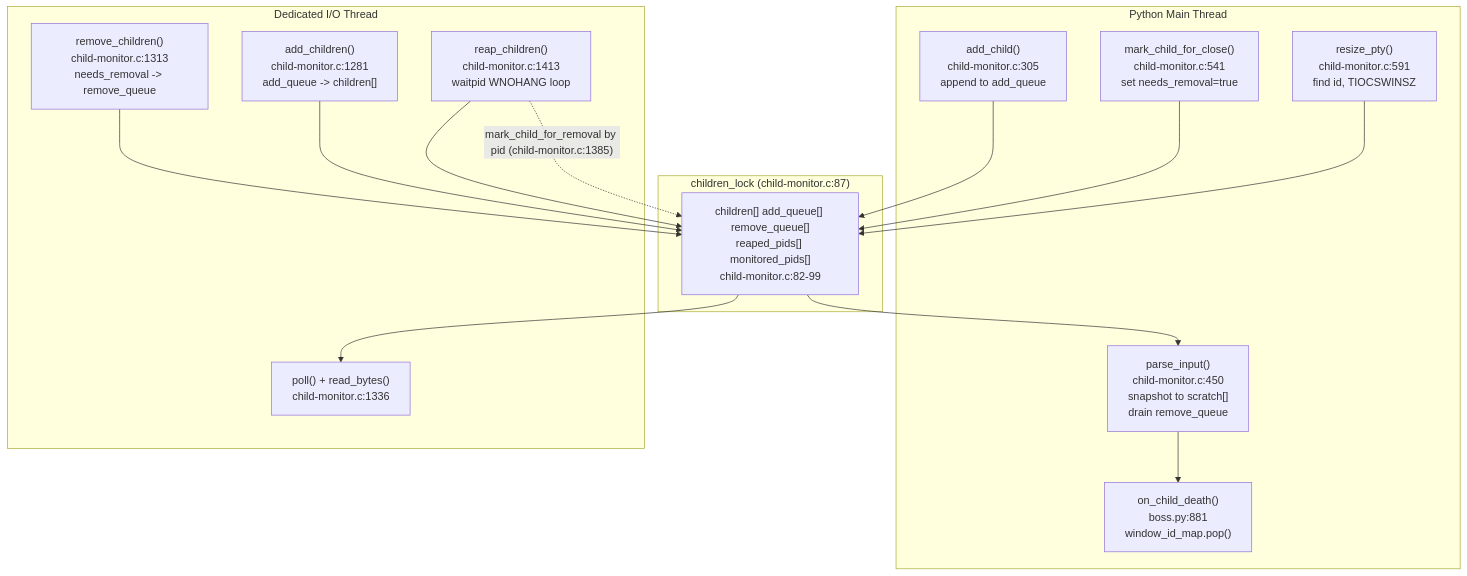
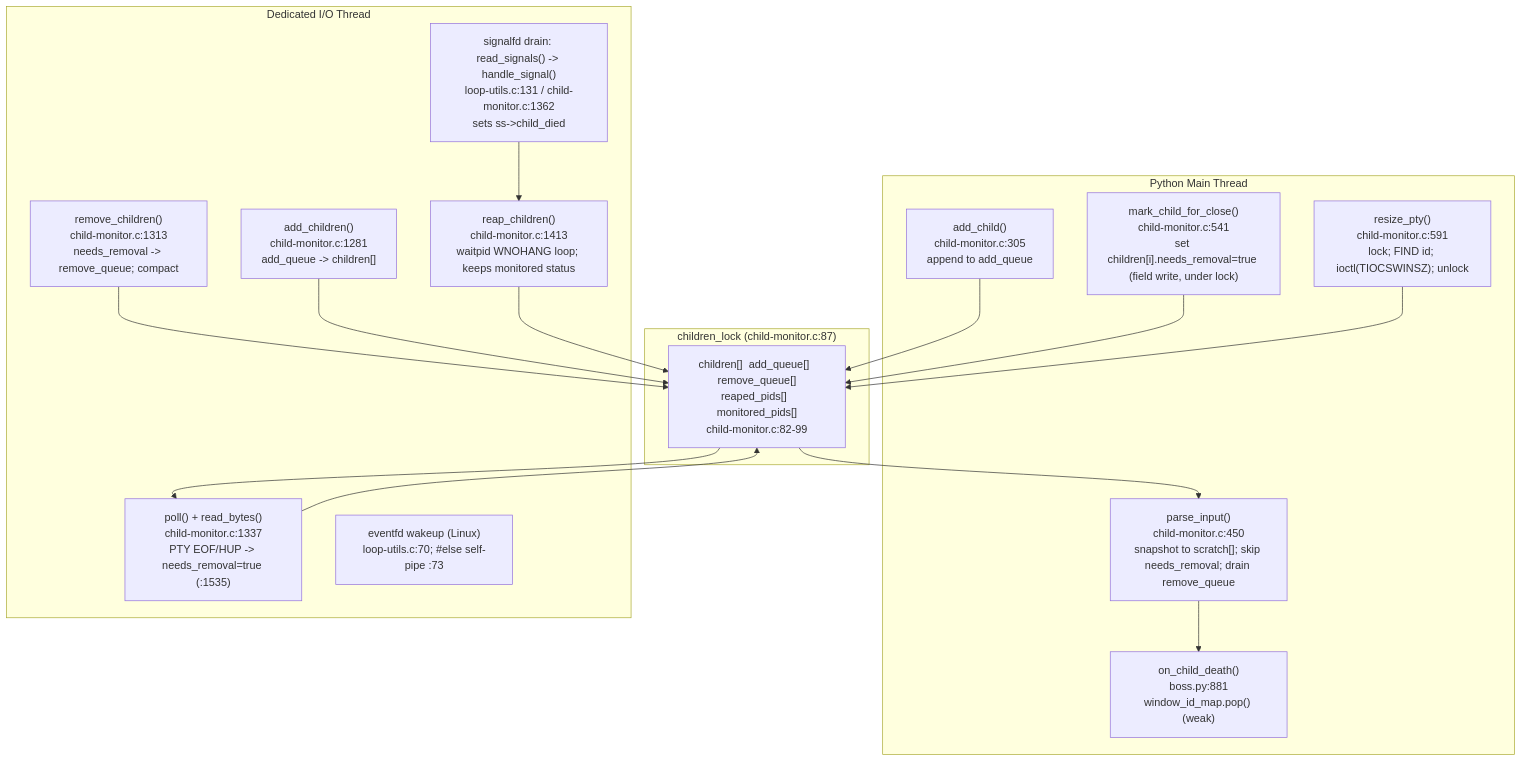
One commit to blitzy-research/kitty changed the diagram in blitzy/documentation/kitty_815df1e210e0.md. Above: the diagram before and after it, drawn with Mermaid. The commit also changed other lines of this file, not shown here.

````diff
--- a/blitzy/documentation/kitty_815df1e210e0.md
+++ b/blitzy/documentation/kitty_815df1e210e0.md
@@ -156,29 +201,33 @@
 ```mermaid
 flowchart TD
     subgraph MainThread["Python Main Thread"]
         AddChild["add_child()<br/>child-monitor.c:305<br/>append to add_queue"]
-        MarkClose["mark_child_for_close()<br/>child-monitor.c:541<br/>set needs_removal=true"]
-        Resize["resize_pty()<br/>child-monitor.c:591<br/>find id, TIOCSWINSZ"]
-        Parse["parse_input()<br/>child-monitor.c:450<br/>snapshot to scratch[]<br/>drain remove_queue"]
-        Death["on_child_death()<br/>boss.py:881<br/>window_id_map.pop()"]
+        MarkClose["mark_child_for_close()<br/>child-monitor.c:541<br/>set children[i].needs_removal=true (field write, under lock)"]
+        Resize["resize_pty()<br/>child-monitor.c:591<br/>lock; FIND id; ioctl(TIOCSWINSZ); unlock"]
+        Parse["parse_input()<br/>child-monitor.c:450<br/>snapshot to scratch[]; skip needs_removal; drain remove_queue"]
+        Death["on_child_death()<br/>boss.py:881<br/>window_id_map.pop() (weak)"]
     end
     subgraph Lock["children_lock (child-monitor.c:87)"]
-        Registry["children[] add_queue[] remove_queue[]<br/>reaped_pids[] monitored_pids[]<br/>child-monitor.c:82-99"]
+        Registry["children[]  add_queue[]  remove_queue[]<br/>reaped_pids[]  monitored_pids[]<br/>child-monitor.c:82-99"]
     end
     subgraph IOThread["Dedicated I/O Thread"]
-        RemoveCh["remove_children()<br/>child-monitor.c:1313<br/>needs_removal -> remove_queue"]
+        Poll["poll() + read_bytes()<br/>child-monitor.c:1337<br/>PTY EOF/HUP -> needs_removal=true (:1535)"]
+        Signal["signalfd drain: read_signals() -> handle_signal()<br/>loop-utils.c:131 / child-monitor.c:1362<br/>sets ss->child_died"]
+        Reap["reap_children()<br/>child-monitor.c:1413<br/>waitpid WNOHANG loop; keeps monitored status"]
+        RemoveCh["remove_children()<br/>child-monitor.c:1313<br/>needs_removal -> remove_queue; compact"]
         AddCh["add_children()<br/>child-monitor.c:1281<br/>add_queue -> children[]"]
-        Reap["reap_children()<br/>child-monitor.c:1413<br/>waitpid WNOHANG loop"]
-        Poll["poll() + read_bytes()<br/>child-monitor.c:1336"]
+        Wake["eventfd wakeup (Linux)<br/>loop-utils.c:70; #else self-pipe :73"]
     end
     AddChild --> Registry
     MarkClose --> Registry
     Resize --> Registry
     Registry --> Parse
     RemoveCh --> Registry
     AddCh --> Registry
     Reap --> Registry
+    Poll --> Registry
+    Signal --> Reap
     Registry --> Poll
     Parse --> Death
-    Reap -. "mark_child_for_removal by pid (child-monitor.c:1385)" .-> Registry
+%% All shared-state access is serialized by children_lock; structural changes to children[] are deferred to the I/O thread.
 ```
````
